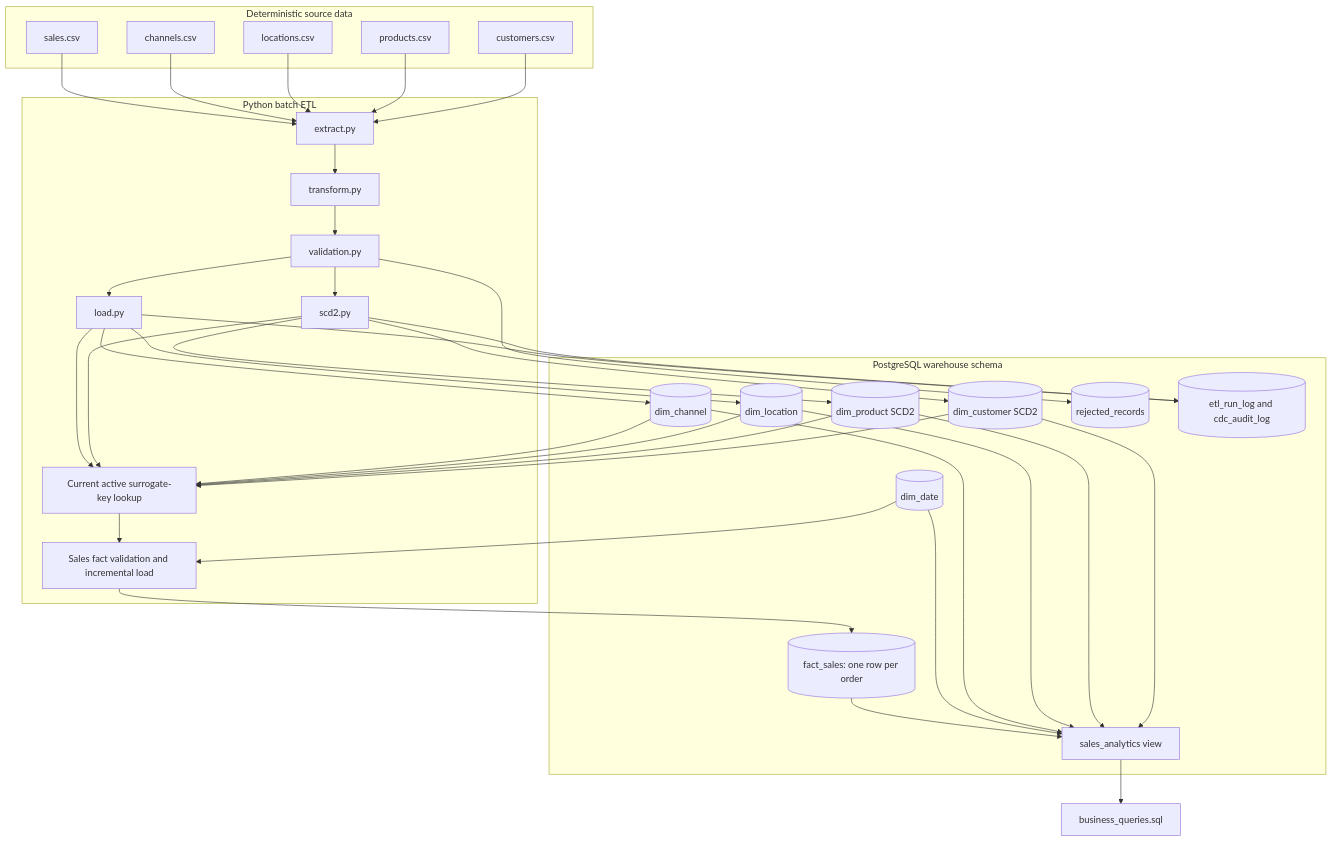
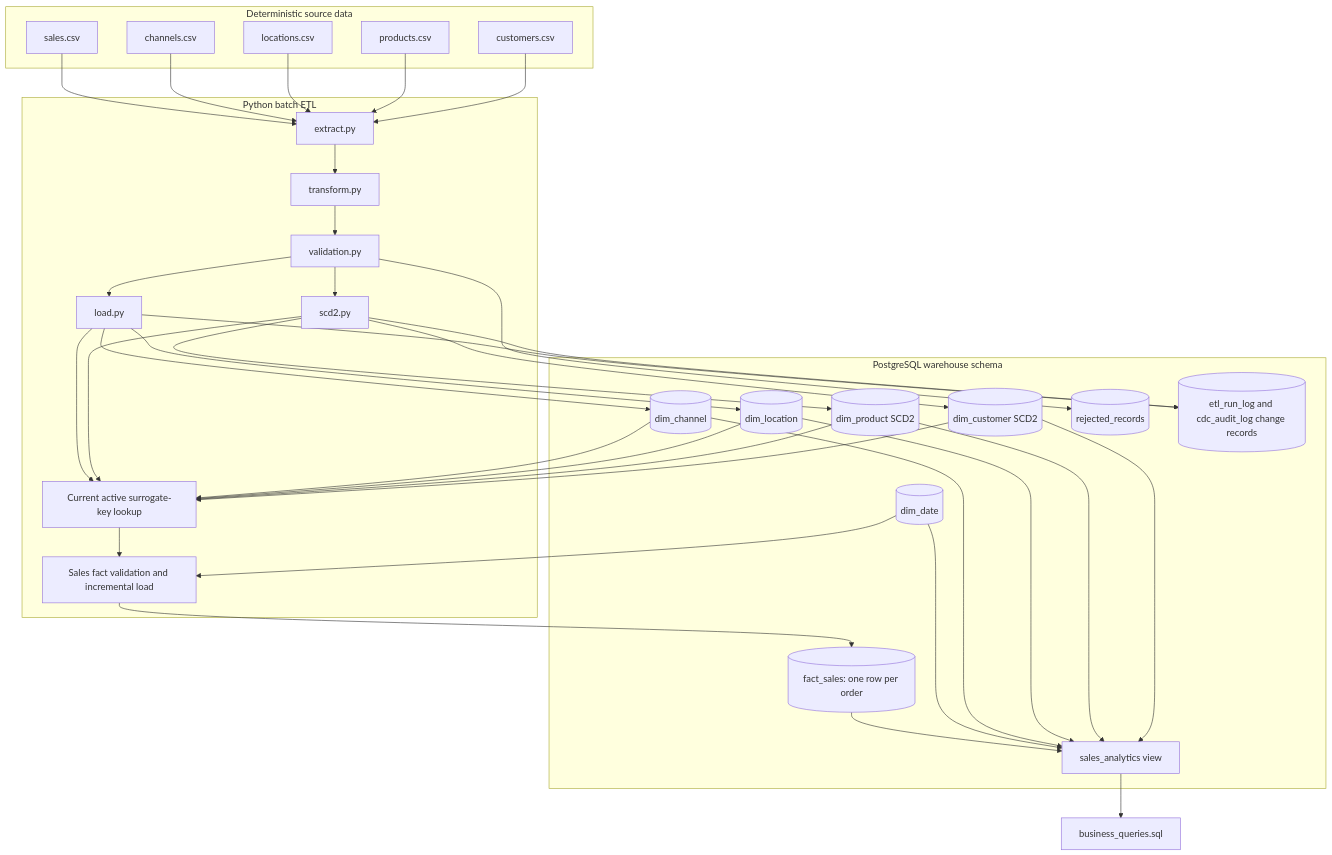
One commit to Nitheesh2325/customer-360-analytics-warehouse changed the diagram in docs/ARCHITECTURE.md. Above: the diagram before and after it, drawn with Mermaid. The commit also changed other lines of this file and 31 other files, not shown here.

````diff
--- a/docs/ARCHITECTURE.md
+++ b/docs/ARCHITECTURE.md
@@ -8,58 +8,58 @@
 ```mermaid
 flowchart TB
     subgraph Sources["Deterministic source data"]
         C["customers.csv"]
         P["products.csv"]
         L["locations.csv"]
         CH["channels.csv"]
         S["sales.csv"]
     end
 
     subgraph Pipeline["Python batch ETL"]
         X["extract.py"] --> T["transform.py"]
         T --> V["validation.py"]
         V --> SD["scd2.py"]
         V --> IL["load.py"]
         SD --> SK["Current active surrogate-key lookup"]
         IL --> SK
         SK --> FL["Sales fact validation and incremental load"]
     end
 
     subgraph Warehouse["PostgreSQL warehouse schema"]
         DC[("dim_customer SCD2")]
         DP[("dim_product SCD2")]
         DL[("dim_location")]
         DCH[("dim_channel")]
         DD[("dim_date")]
         FS[("fact_sales: one row per order")]
         RR[("rejected_records")]
-        EL[("etl_run_log and cdc_audit_log")]
+        EL[("etl_run_log and cdc_audit_log change records")]
         AV["sales_analytics view"]
     end
 
     C --> X
     P --> X
     L --> X
     CH --> X
     S --> X
     SD --> DC
     SD --> DP
     IL --> DL
     IL --> DCH
     FL --> FS
     V --> RR
     SD --> EL
     IL --> EL
     DD --> FL
     DC --> SK
     DP --> SK
     DL --> SK
     DCH --> SK
     DC --> AV
     DP --> AV
     DL --> AV
     DCH --> AV
     DD --> AV
     FS --> AV
     AV --> Q["business_queries.sql"]
 ```
````
